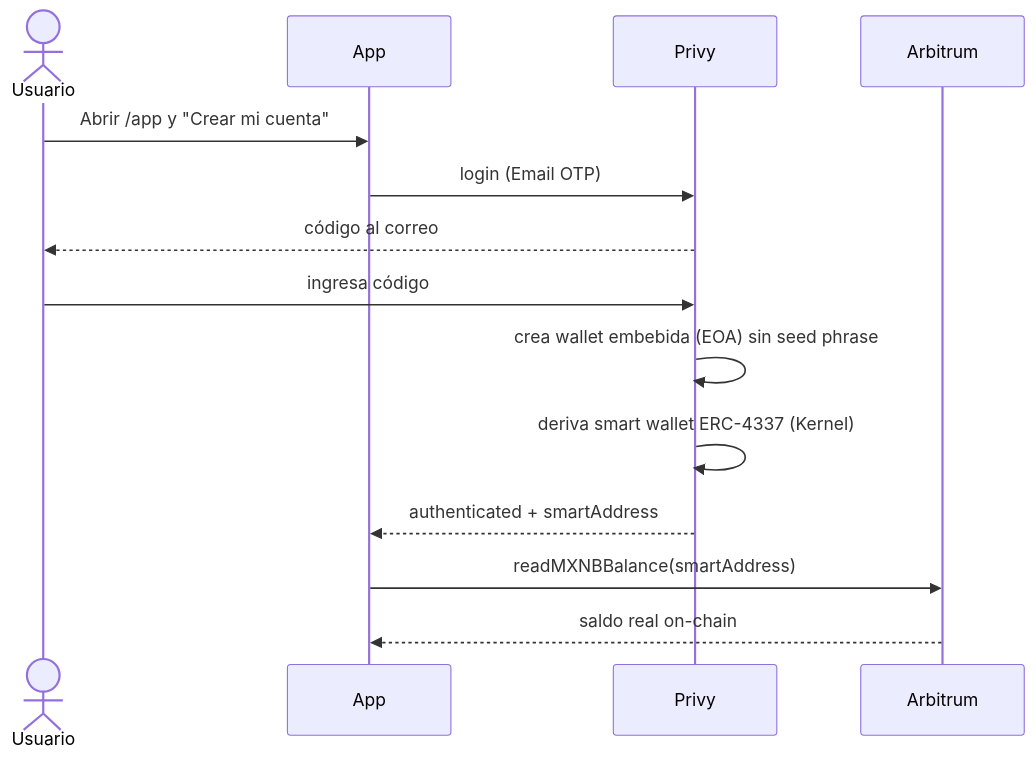
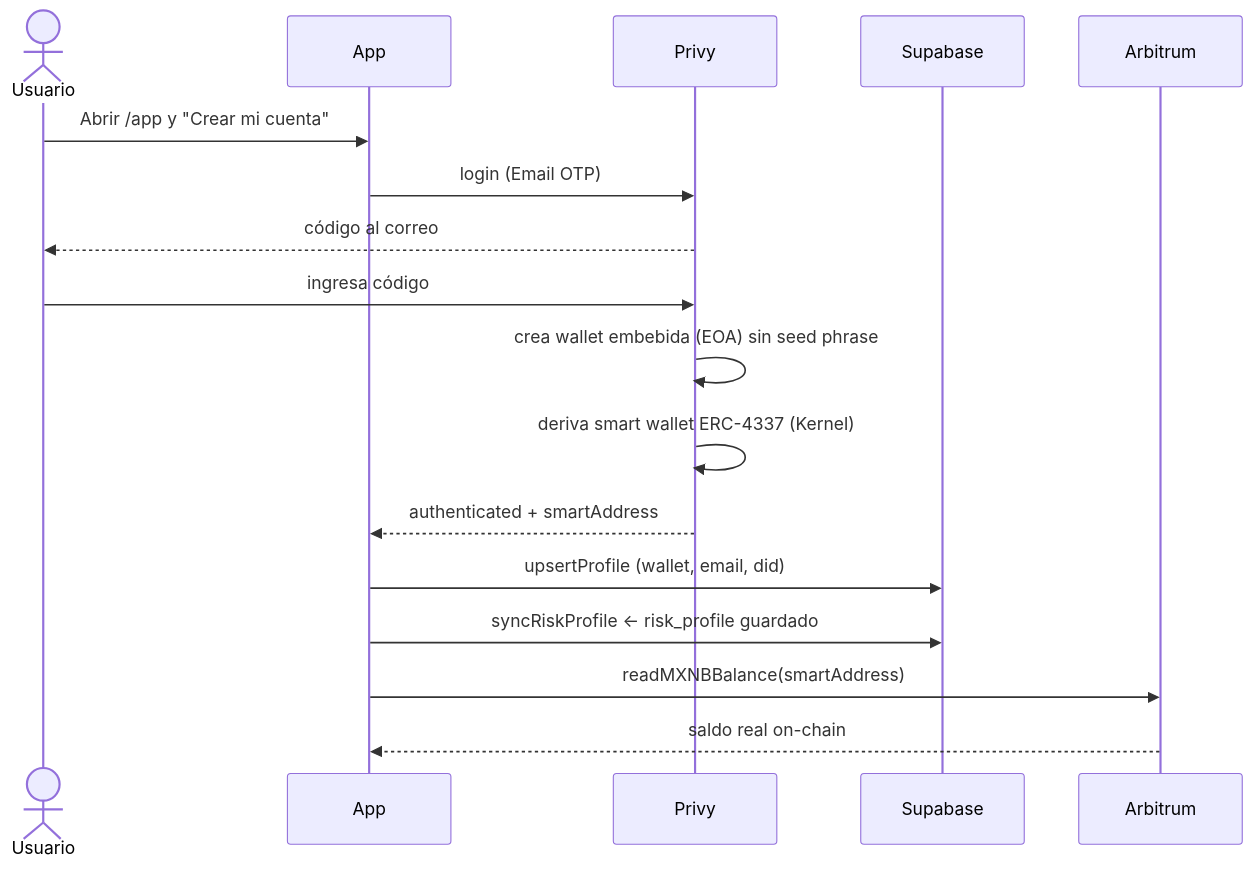
One commit to Seyfert-Labs/SEYF-P changed the second of 7 diagrams in README.md. Above: the diagram before and after it, drawn with Mermaid. The commit also changed other lines of this file, not shown here.

````diff
--- a/README.md
+++ b/README.md
@@ -146,16 +156,19 @@
 ```mermaid
 sequenceDiagram
     actor U as Usuario
     participant App
     participant Privy
+    participant SB as Supabase
     participant Arb as Arbitrum
     U->>App: Abrir /app y "Crear mi cuenta"
     App->>Privy: login (Email OTP)
     Privy-->>U: código al correo
     U->>Privy: ingresa código
     Privy->>Privy: crea wallet embebida (EOA) sin seed phrase
     Privy->>Privy: deriva smart wallet ERC-4337 (Kernel)
     Privy-->>App: authenticated + smartAddress
+    App->>SB: upsertProfile (wallet, email, did)
+    App->>SB: syncRiskProfile ← risk_profile guardado
     App->>Arb: readMXNBBalance(smartAddress)
     Arb-->>App: saldo real on-chain
 ```
````
